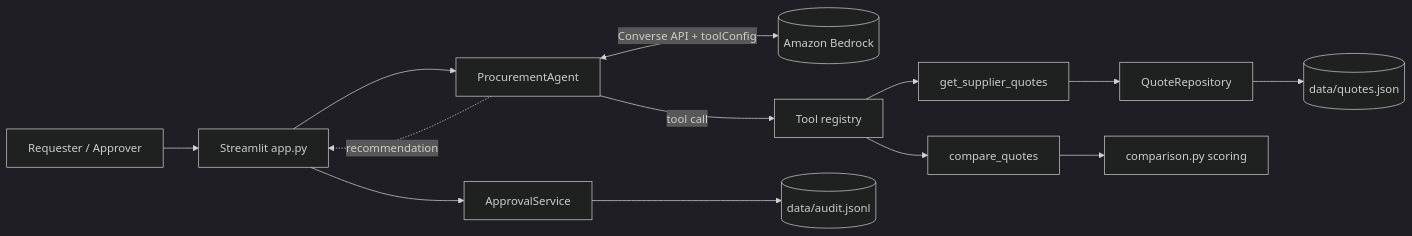
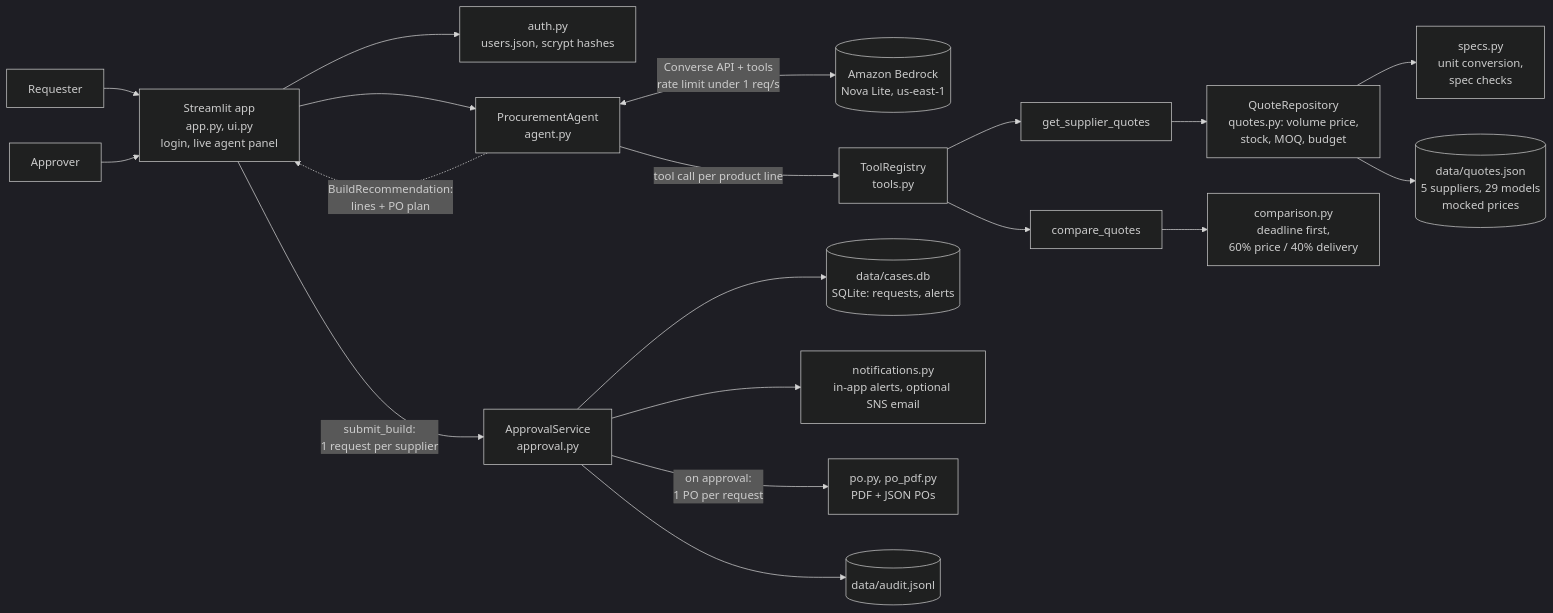
Before and after one commit to Madhukar07565/intelligent-procurement-agent: the diagram in docs/architecture.md, drawn with Mermaid (dark theme). The commit also changed other lines of this file and 20 other files, not shown here.

Commit message:
Update architecture diagrams, docs and deck for one approval request and PO per supplier

````diff
--- a/docs/architecture.md
+++ b/docs/architecture.md
@@ -16,15 +20,21 @@
 ```mermaid
 flowchart LR
-    U[Requester / Approver] --> UI[Streamlit app.py]
-    UI --> AG[ProcurementAgent]
-    AG <-->|Converse API + toolConfig| BR[(Amazon Bedrock)]
-    AG -->|tool call| TR[Tool registry]
+    R[Requester] --> UI
+    A[Approver] --> UI
+    UI[Streamlit app<br/>app.py, ui.py<br/>login, live agent panel] --> AUTH[auth.py<br/>users.json, scrypt hashes]
+    UI --> AG[ProcurementAgent<br/>agent.py]
+    AG <-->|Converse API + tools<br/>rate limit under 1 req/s| BR[(Amazon Bedrock<br/>Nova Lite, us-east-1)]
+    AG -->|tool call per product line| TR[ToolRegistry<br/>tools.py]
     TR --> QT[get_supplier_quotes]
     TR --> CT[compare_quotes]
-    QT --> QR[QuoteRepository]
-    QR --> JS[(data/quotes.json)]
-    CT --> CMP[comparison.py scoring]
-    UI --> AP[ApprovalService]
+    QT --> QR[QuoteRepository<br/>quotes.py: volume price,<br/>stock, MOQ, budget]
+    QR --> SP[specs.py<br/>unit conversion,<br/>spec checks]
+    QR --> JS[(data/quotes.json<br/>5 suppliers, 29 models<br/>mocked prices)]
+    CT --> CMP[comparison.py<br/>deadline first,<br/>60% price / 40% delivery]
+    AG -.->|BuildRecommendation:<br/>lines + PO plan| UI
+    UI -->|submit_build:<br/>1 request per supplier| AP[ApprovalService<br/>approval.py]
+    AP --> DB[(data/cases.db<br/>SQLite: requests, alerts)]
+    AP --> NT[notifications.py<br/>in-app alerts, optional SNS email]
+    AP -->|on approval:<br/>1 PO per request| PO[po.py, po_pdf.py<br/>PDF + JSON POs]
     AP --> AUD[(data/audit.jsonl)]
-    AG -.->|recommendation| UI
 ```
````
